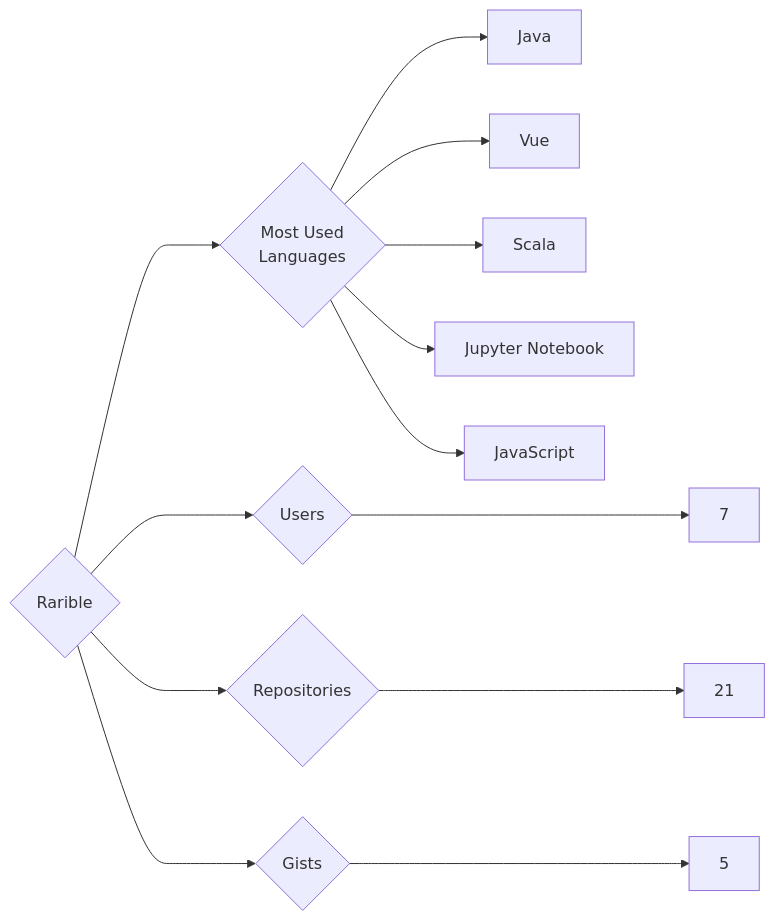
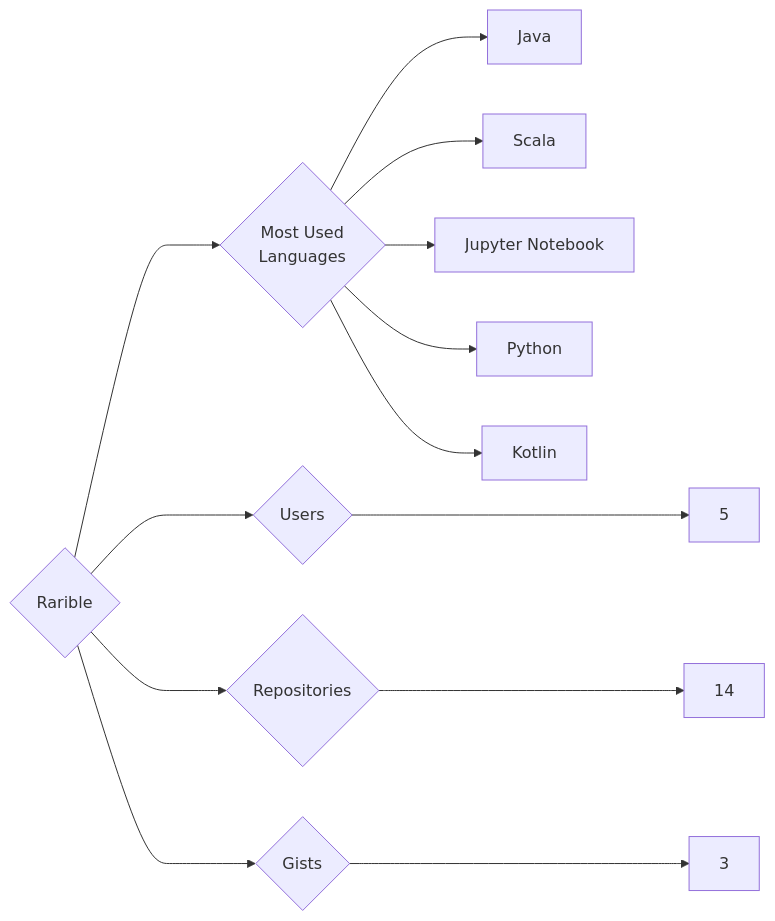
Before and after one commit to trickest/insiders: the diagram in targets/Rarible/README.md, drawn with Mermaid. The commit also changed 1389 other files, not shown here.

````diff
--- a/targets/Rarible/README.md
+++ b/targets/Rarible/README.md
@@ -3,13 +3,13 @@
 ```mermaid
 graph LR
 COMPANY_NAME{Rarible}
-COMPANY_NAME ---> U{Users} ---> UN[7]
-COMPANY_NAME ---> R{Repositories} ---> RN[21]
-COMPANY_NAME ---> G{Gists} ---> GN[5]
+COMPANY_NAME ---> U{Users} ---> UN[5]
+COMPANY_NAME ---> R{Repositories} ---> RN[14]
+COMPANY_NAME ---> G{Gists} ---> GN[3]
 COMPANY_NAME ---> ML{Most Used<br>Languages}
 ML --> Java[Java]
-ML --> Vue[Vue]
 ML --> Scala[Scala]
 ML --> Jupyter_Notebook[Jupyter Notebook]
-ML --> JavaScript[JavaScript]
+ML --> Python[Python]
+ML --> Kotlin[Kotlin]
 ```
````
